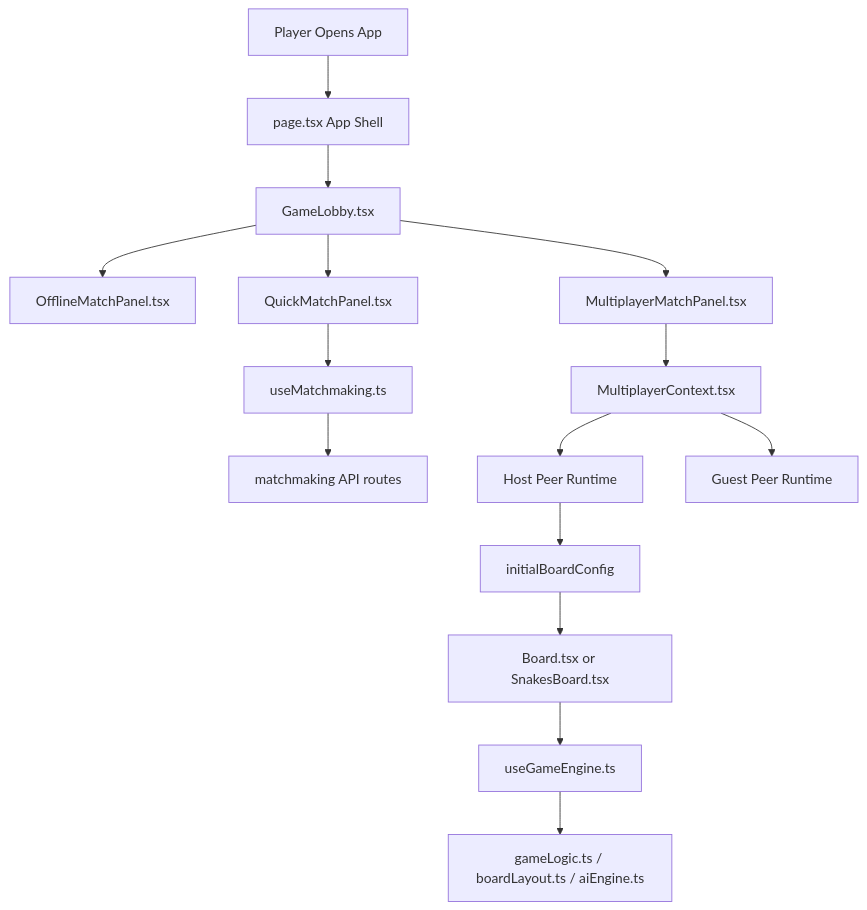
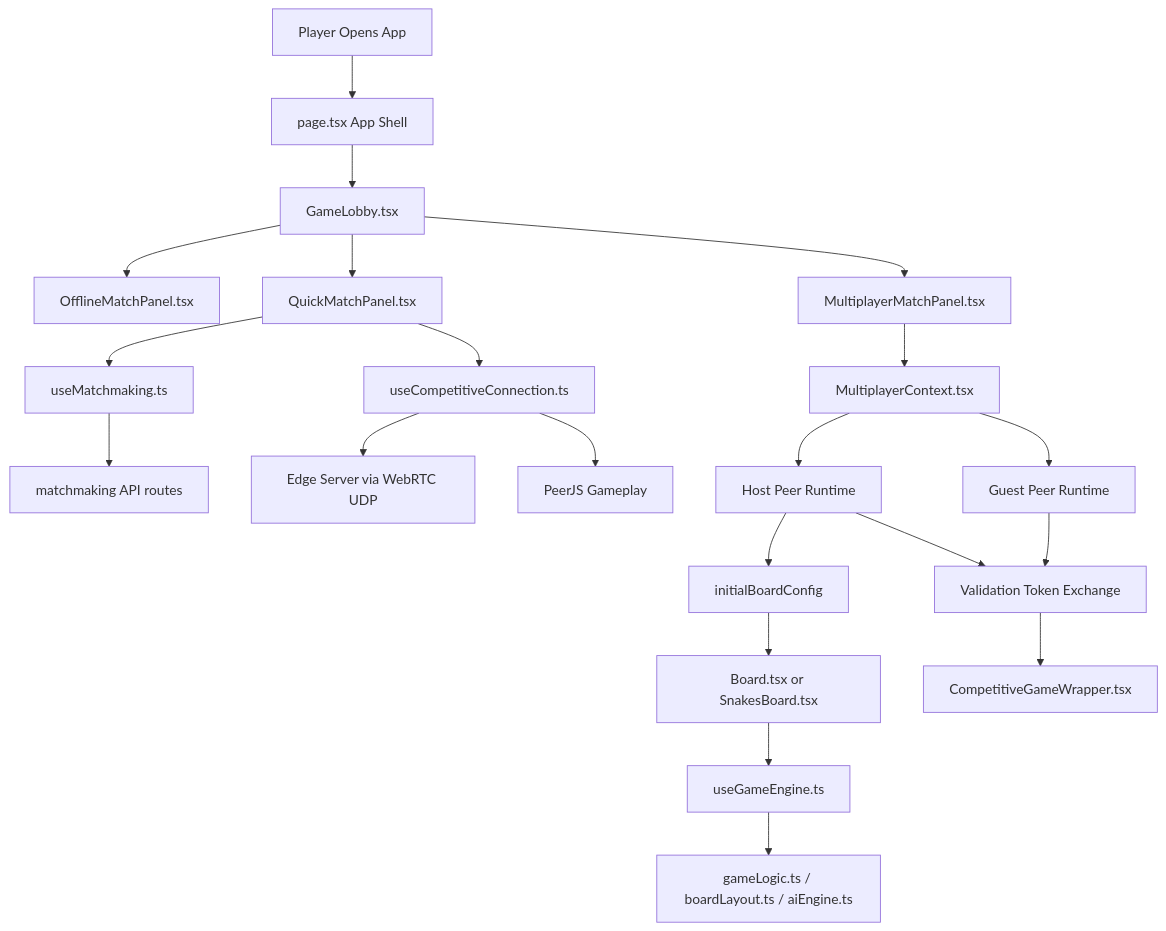
The first of 3 diagrams in GAME_DESIGN_DOCUMENT.md (mrongSubho/ludo-base), drawn with Mermaid before and after one commit. The commit also changed other lines of this file and 2 other files, not shown here.

Commit message:
feat: introduce competitive multiplayer architecture with WebRTC UDP and PeerJS, and add related documentation.

````diff
--- a/GAME_DESIGN_DOCUMENT.md
+++ b/GAME_DESIGN_DOCUMENT.md
@@ -363,17 +376,23 @@
 ```mermaid
 flowchart TD
     A[Player Opens App] --> B[page.tsx App Shell]
     B --> C[GameLobby.tsx]
     C --> D[OfflineMatchPanel.tsx]
     C --> E[QuickMatchPanel.tsx]
     C --> F[MultiplayerMatchPanel.tsx]
     E --> G[useMatchmaking.ts]
     G --> H[matchmaking API routes]
-    F --> I[MultiplayerContext.tsx]
-    I --> J[Host Peer Runtime]
-    I --> K[Guest Peer Runtime]
-    J --> L[initialBoardConfig]
-    L --> M[Board.tsx or SnakesBoard.tsx]
-    M --> N[useGameEngine.ts]
-    N --> O[gameLogic.ts / boardLayout.ts / aiEngine.ts]
+    E --> I[useCompetitiveConnection.ts]
+    I --> J[Edge Server via WebRTC UDP]
+    I --> K[PeerJS Gameplay]
+    F --> L[MultiplayerContext.tsx]
+    L --> M[Host Peer Runtime]
+    L --> N[Guest Peer Runtime]
+    M --> O[initialBoardConfig]
+    O --> P[Board.tsx or SnakesBoard.tsx]
+    P --> Q[useGameEngine.ts]
+    Q --> R[gameLogic.ts / boardLayout.ts / aiEngine.ts]
+    M --> S[Validation Token Exchange]
+    N --> S
+    S --> T[CompetitiveGameWrapper.tsx]
 ```
````
